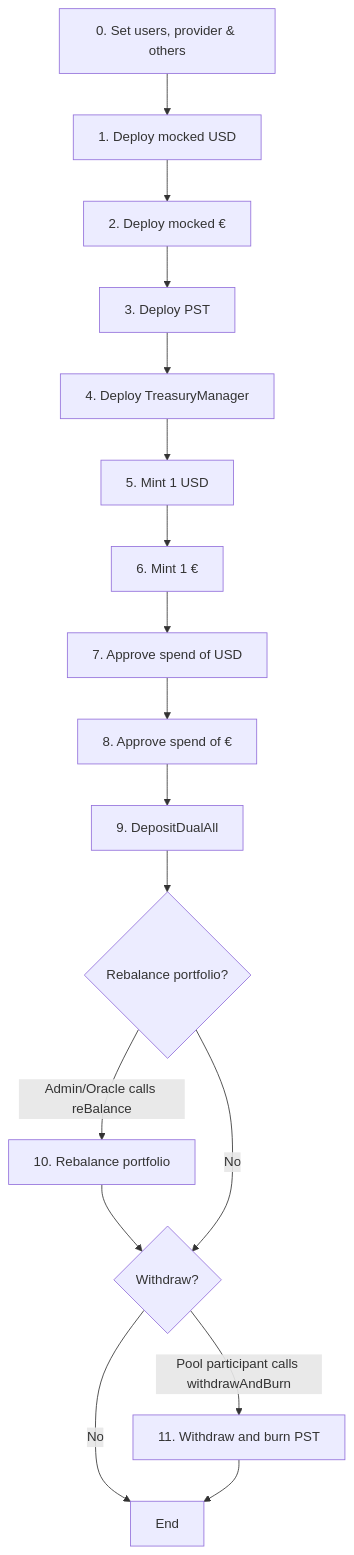
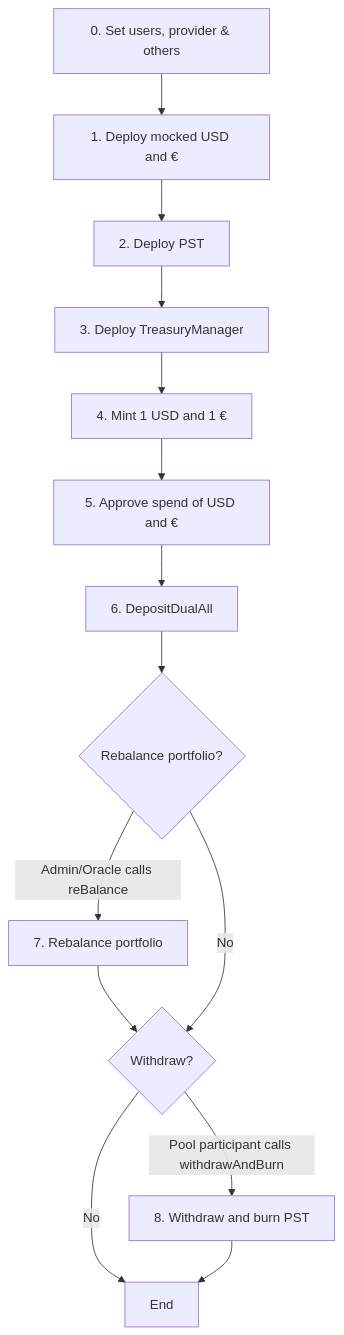
Before and after one commit to viczommers/arc-kalshi-oracle: the diagram in README.md, drawn with Mermaid.

Commit message:
Smaller diagram

````diff
--- a/README.md
+++ b/README.md
@@ -43,19 +43,16 @@
 ```mermaid
 graph TD
-    A[0. Set users, provider & others] --> B[1. Deploy mocked USD]
-    B --> C[2. Deploy mocked €]
-    C --> D[3. Deploy PST]
-    D --> E[4. Deploy TreasuryManager]
-    E --> F[5. Mint 1 USD]
-    F --> G[6. Mint 1 €]
-    G --> H[7. Approve spend of USD]
-    H --> I[8. Approve spend of €]
-    I --> J[9. DepositDualAll]
-    J --> K{Rebalance portfolio?}
-    K -->|Admin/Oracle calls reBalance| L[10. Rebalance portfolio]
-    L --> M{Withdraw?}
-    K -->|No| M
-    M -->|Pool participant calls withdrawAndBurn| N[11. Withdraw and burn PST]
-    M -->|No| O[End]
-    N --> O
+    A[0. Set users, provider & others] --> B[1. Deploy mocked USD and €]
+    B --> C[2. Deploy PST]
+    C --> D[3. Deploy TreasuryManager]
+    D --> E[4. Mint 1 USD and 1 €]
+    E --> F[5. Approve spend of USD and €]
+    F --> G[6. DepositDualAll]
+    G --> H{Rebalance portfolio?}
+    H -->|Admin/Oracle calls reBalance| I[7. Rebalance portfolio]
+    I --> J{Withdraw?}
+    H -->|No| J
+    J -->|Pool participant calls withdrawAndBurn| K[8. Withdraw and burn PST]
+    J -->|No| L[End]
+    K --> L
 ```
````
